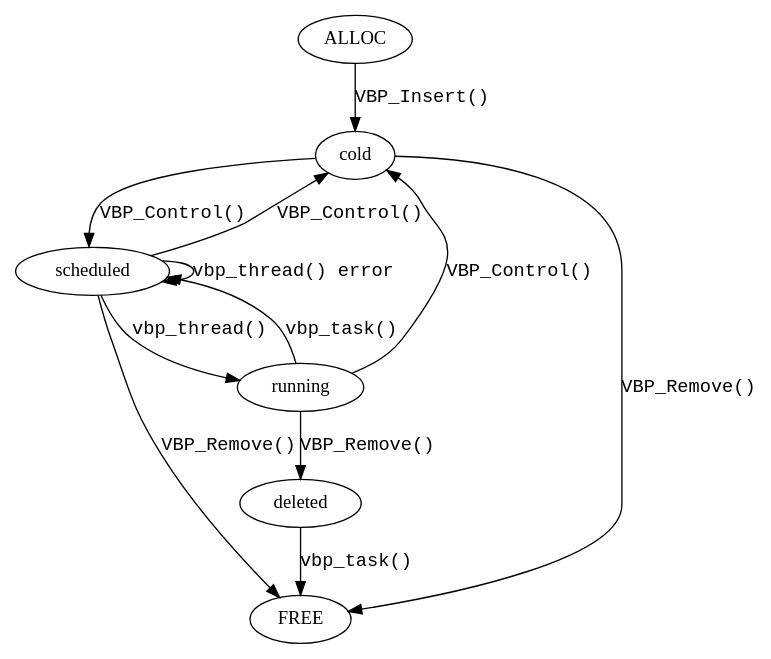
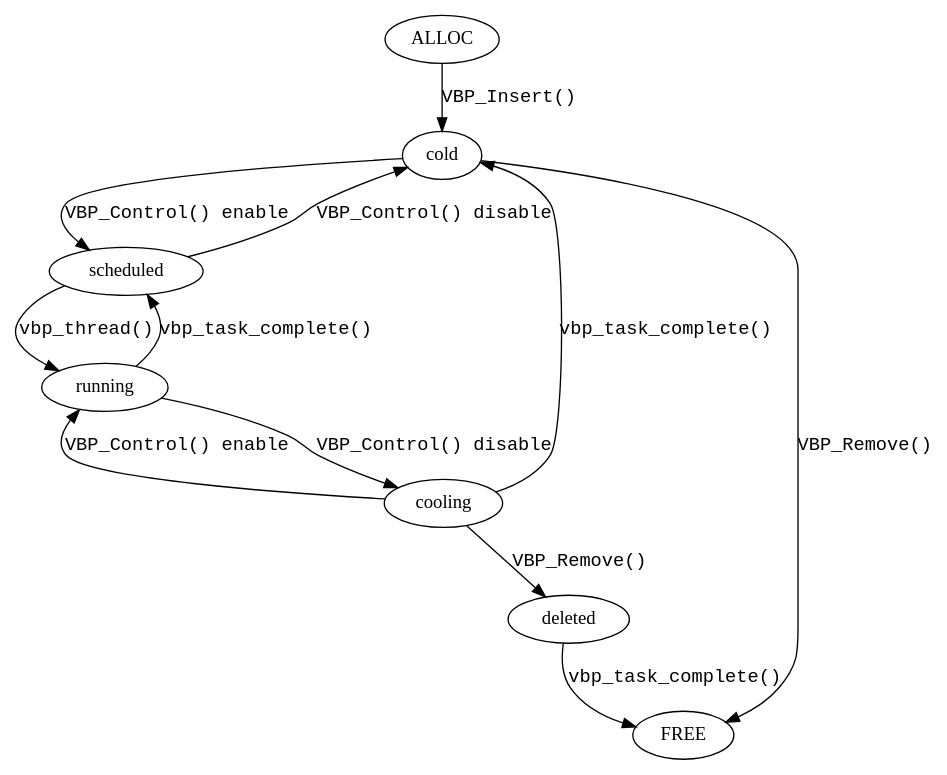
One commit to varnishcache/varnish-cache changed the diagram in doc/graphviz/cache_backend_probe.dot. Above: the diagram before and after it, drawn with Graphviz. The commit also changed 1 other file, not shown here.

First paragraph of the commit message:
vbp: Rework probe state management
Every time I looked at the probe code, my mind ended up twisted and confused. A
probe could change the "enabled" state (tracking the temperature) and be removed
at any time (unless the mtx is held), yet the code did not seem to reflect this.

```diff
--- a/doc/graphviz/cache_backend_probe.dot
+++ b/doc/graphviz/cache_backend_probe.dot
@@ -1,35 +1,37 @@
 # cache_backend_probe struct vbp_state
 
 digraph cache_backend_probe {
 	ALLOC
 	scheduled
 	running
 	cold
-	deleted
+	cooling	# going cold while task runs
+	deleted # from cooling, removed while task runs
 	FREE
 
 	edge [fontname=Courier]
 
-	edge [label="vbp_task()"]
+	# via vbp_task() or vbp_thread() scheduling error
+	edge [label="vbp_task_complete()"]
+	running -> scheduled
+	cooling -> cold
 	deleted -> FREE
-	running -> scheduled
 
 	edge [label="vbp_thread()"]
 	scheduled -> running
 
-	edge [label="vbp_thread() error"]
-	scheduled -> scheduled
+	edge [label="VBP_Control() enable"]
+	cooling -> running
+	cold -> scheduled
 
-	edge [label="VBP_Control()"]
-	cold -> scheduled
+	edge [label="VBP_Control() disable"]
+	running -> cooling
 	scheduled -> cold
-	running -> cold
 
 	edge [label="VBP_Insert()"]
 	ALLOC -> cold
 
 	edge [label="VBP_Remove()"]
-	running -> deleted # should not happen. we should go through some cool first
-	scheduled -> FREE # This should not happen. VBP_Control should have set cold
+	cooling -> deleted
 	cold -> FREE
 }
```
